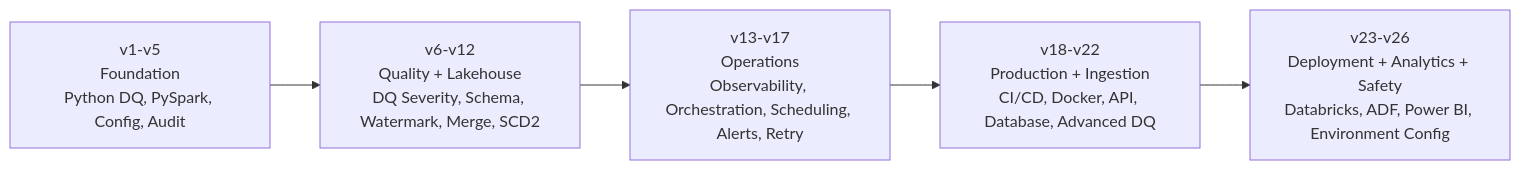
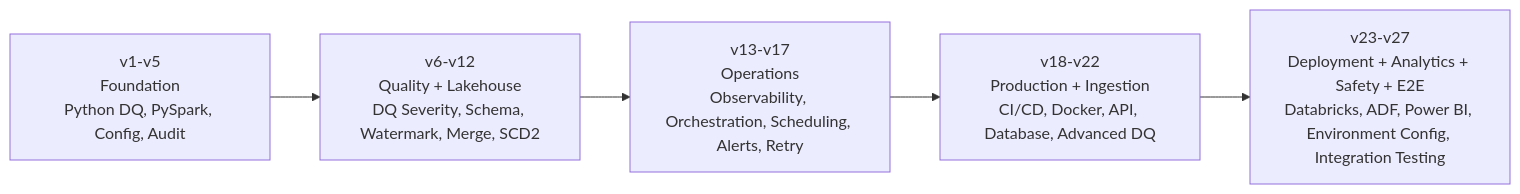
Before and after one commit to Rohith-S-98/data-engineering-project: the second of 2 diagrams in README.md, drawn with Mermaid. The commit also changed other lines of this file, not shown here.

Commit message:
update readme for v27 e2e integration framework

````diff
--- a/README.md
+++ b/README.md
@@ -62,7 +63,7 @@
 ```mermaid
 flowchart LR
     A[v1-v5<br/>Foundation<br/>Python DQ, PySpark, Config, Audit] --> B[v6-v12<br/>Quality + Lakehouse<br/>DQ Severity, Schema, Watermark, Merge, SCD2]
     B --> C[v13-v17<br/>Operations<br/>Observability, Orchestration, Scheduling, Alerts, Retry]
     C --> D[v18-v22<br/>Production + Ingestion<br/>CI/CD, Docker, API, Database, Advanced DQ]
-    D --> E[v23-v26<br/>Deployment + Analytics + Safety<br/>Databricks, ADF, Power BI, Environment Config]
+    D --> E[v23-v27<br/>Deployment + Analytics + Safety + E2E<br/>Databricks, ADF, Power BI, Environment Config, Integration Testing]
 ```
````
